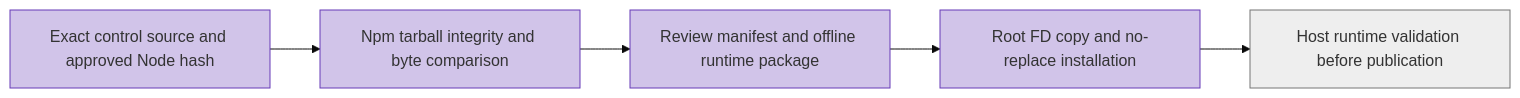
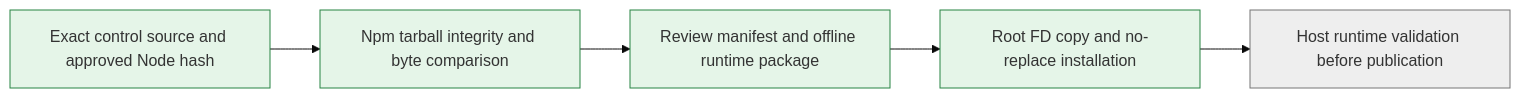
One commit to boardx/workspacex changed the diagram in scripts/cn-candidate-runtime.md. Above: the diagram before and after it, drawn with Mermaid (base theme).

Commit message:
docs(cn): distinguish tested runtime from pending host validation

````diff
--- a/scripts/cn-candidate-runtime.md
+++ b/scripts/cn-candidate-runtime.md
@@ -8,11 +8,11 @@
 ```mermaid
 flowchart LR
  A[Exact control source and approved Node hash] --> B[Npm tarball integrity and byte comparison]
  B --> C[Review manifest and offline runtime package]
  C --> D[Root FD copy and no-replace installation]
  D --> E[Host runtime validation before publication]
- classDef tested fill:#d1c4e9,stroke:#673ab7
+ classDef tested fill:#e5f5e8,stroke:#278343
  classDef pending fill:#eeeeee,stroke:#757575
  class A,B,C,D tested
  class E pending
 ```
````
